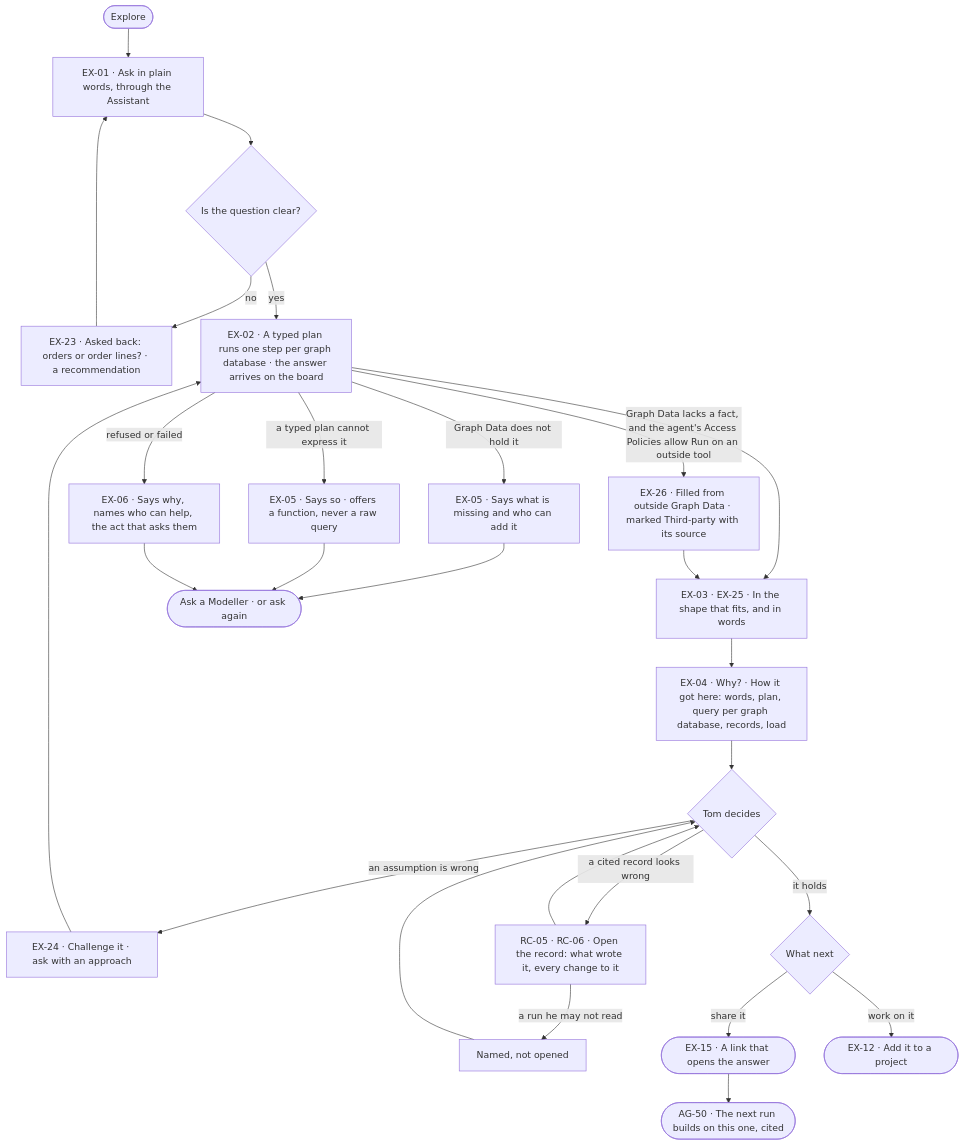
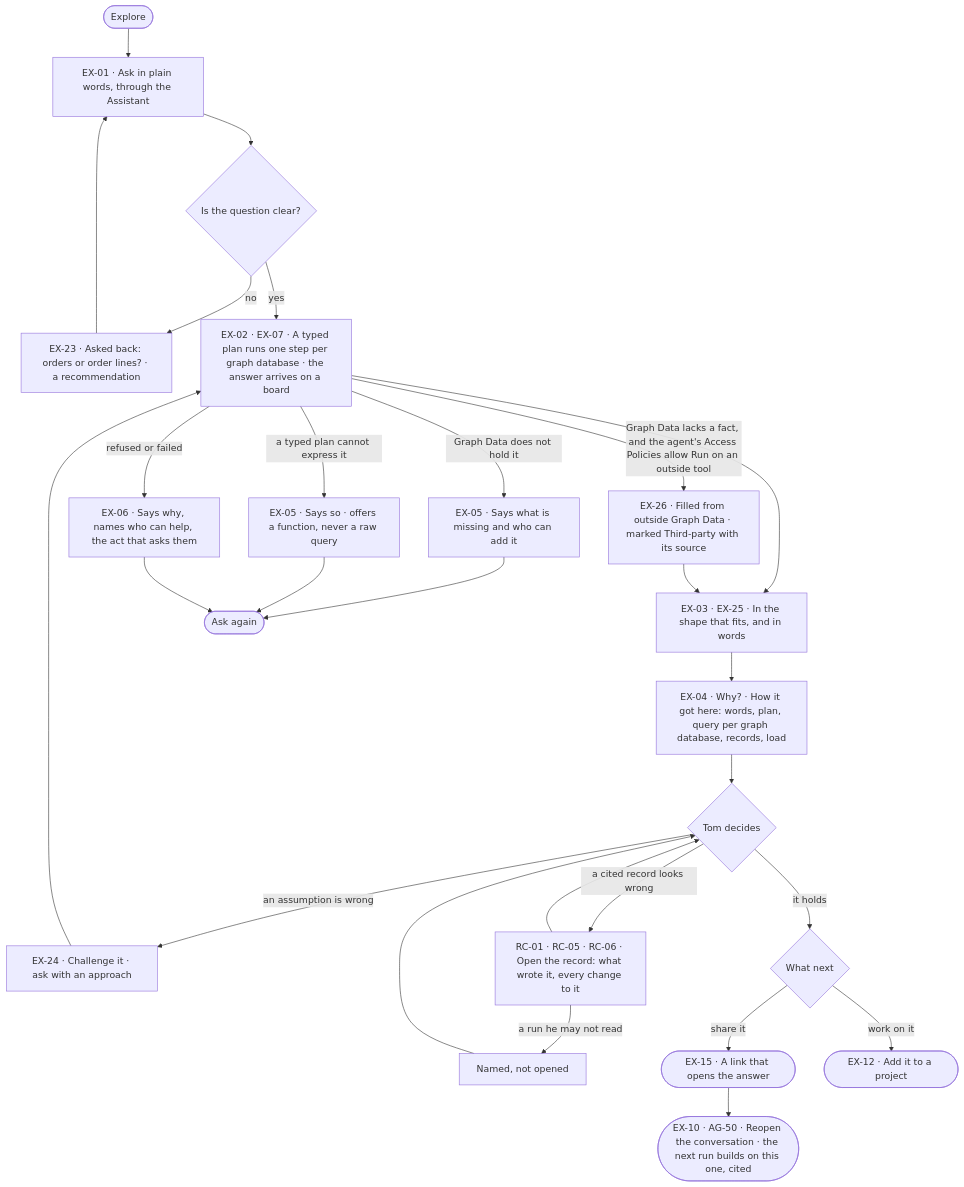
Before and after one commit to invana/invana: the diagram in specs/journeys/J02-ask-and-trust-the-answer.md, drawn with Mermaid. The commit also changed other lines of this file and 156 other files, not shown here.

Commit message:
wip(platform-design-3): P02 · steps 1-4 — section 4, E2E sweep, merges, flow boards, journeys

````diff
--- a/specs/journeys/J02-ask-and-trust-the-answer.md
+++ b/specs/journeys/J02-ask-and-trust-the-answer.md
@@ -16,25 +16,25 @@
 ```mermaid
 flowchart TD
   A([Explore]) --> C["EX-01 · Ask in plain words, through the Assistant"]
   C --> D{"Is the question clear?"}
   D -->|no| E["EX-23 · Asked back: orders or order lines? · a recommendation"] --> C
-  D -->|yes| F["EX-02 · A typed plan runs one step per graph database · the answer arrives on the board"]
+  D -->|yes| F["EX-02 · EX-07 · A typed plan runs one step per graph database · the answer arrives on a board"]
   F --> G["EX-03 · EX-25 · In the shape that fits, and in words"]
   G --> H["EX-04 · Why? · How it got here: words, plan, query per graph database, records, load"]
   H --> I{"Tom decides"}
   I -->|an assumption is wrong| J["EX-24 · Challenge it · ask with an approach"] --> F
-  I -->|a cited record looks wrong| R["RC-05 · RC-06 · Open the record: what wrote it, every change to it"]
+  I -->|a cited record looks wrong| R["RC-01 · RC-05 · RC-06 · Open the record: what wrote it, every change to it"]
   R -->|a run he may not read| R1["Named, not opened"] --> I
   R --> I
   I -->|it holds| K{"What next"}
   K -->|share it| L(["EX-15 · A link that opens the answer"])
   K -->|work on it| M(["EX-12 · Add it to a project"])
   F -->|Graph Data lacks a fact, and the agent's Access Policies allow Run on an outside tool| X["EX-26 · Filled from outside Graph Data · marked Third-party with its source"] --> G
   F -->|Graph Data does not hold it| N["EX-05 · Says what is missing and who can add it"]
   F -->|a typed plan cannot express it| NP["EX-05 · Says so · offers a function, never a raw query"]
   F -->|refused or failed| O["EX-06 · Says why, names who can help, the act that asks them"]
-  N --> P(["Ask a Modeller · or ask again"])
+  N --> P(["Ask again"])
   NP --> P
   O --> P
-  L --> Q(["AG-50 · The next run builds on this one, cited"])
+  L --> Q(["EX-10 · AG-50 · Reopen the conversation · the next run builds on this one, cited"])
 ```
````
